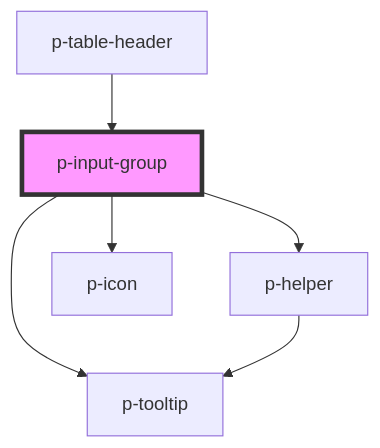
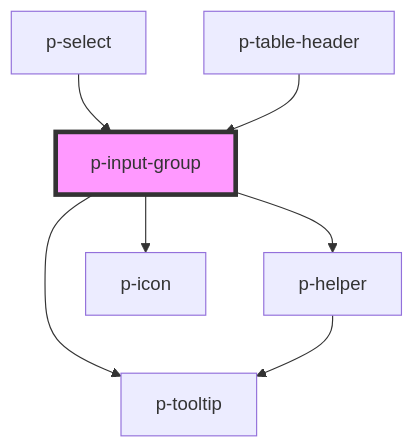
One commit to Employes/paperless changed the diagram in packages/core/src/components/molecules/input-group/readme.md. Above: the diagram before and after it, drawn with Mermaid. The commit also changed other lines of this file and 2 other files, not shown here.

Commit message:
feat(Molecules/Input group): Add suffix icon ability

````diff
--- a/packages/core/src/components/molecules/input-group/readme.md
+++ b/packages/core/src/components/molecules/input-group/readme.md
@@ -38,9 +40,10 @@
 ```mermaid
 graph TD;
   p-input-group --> p-helper
   p-input-group --> p-icon
   p-input-group --> p-tooltip
   p-helper --> p-tooltip
+  p-select --> p-input-group
   p-table-header --> p-input-group
   style p-input-group fill:#f9f,stroke:#333,stroke-width:4px
 ```
````
